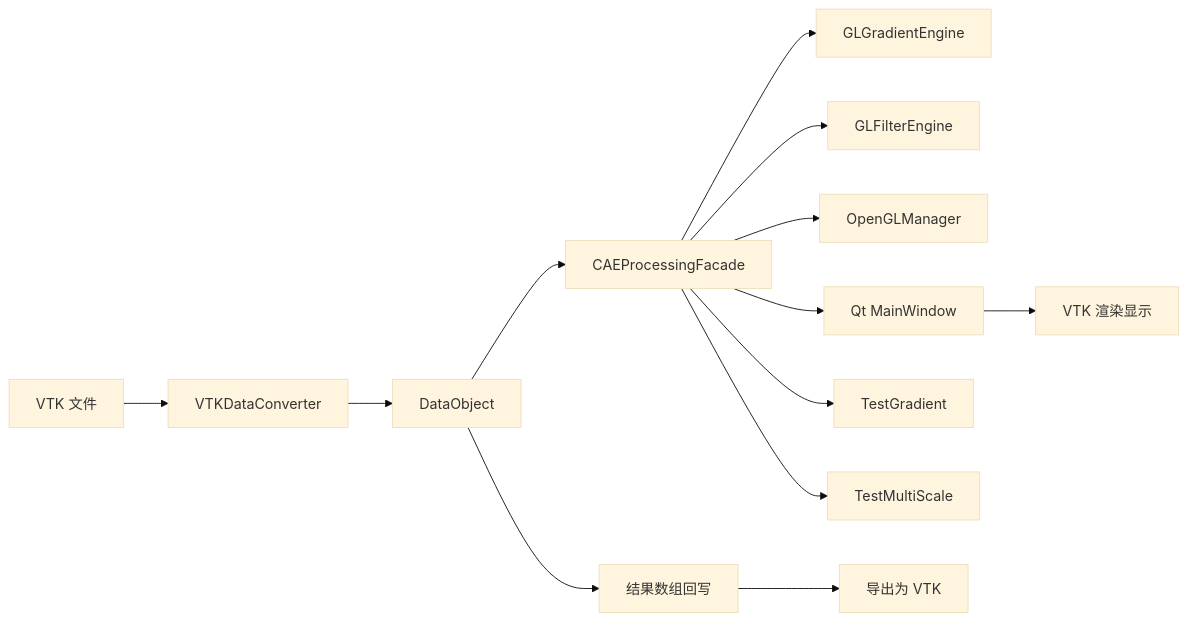
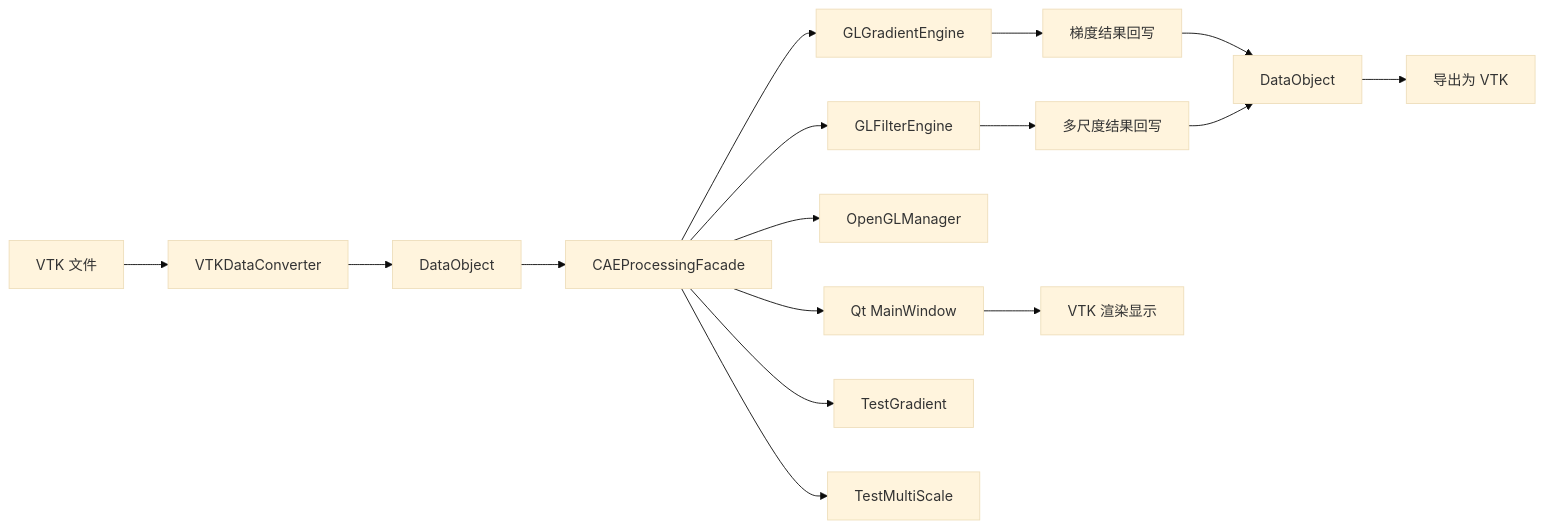
Before and after one commit to bghruty567/OpenGLDP: the diagram in doc/系统接口文档.md, drawn with Mermaid (base theme). The commit also changed other lines of this file and 42 other files, not shown here.

````diff
--- a/doc/系统接口文档.md
+++ b/doc/系统接口文档.md
@@ -16,15 +16,18 @@
 ```mermaid
 flowchart LR
-    A[VTK 文件] --> B[VTKDataConverter]
-    B --> C[DataObject]
-    C --> D[CAEProcessingFacade]
-    D --> E[GLGradientEngine]
-    D --> F[GLFilterEngine]
-    D --> G[OpenGLManager]
-    D --> H[Qt MainWindow]
-    D --> I[TestGradient]
-    D --> J[TestMultiScale]
-    C --> K[结果数组回写]
-    K --> L[导出为 VTK]
-    H --> M[VTK 渲染显示]
+    A["VTK 文件"] --> B["VTKDataConverter"]
+    B --> C["DataObject"]
+    C --> D["CAEProcessingFacade"]
+    D --> E["GLGradientEngine"]
+    D --> F["GLFilterEngine"]
+    D --> G["OpenGLManager"]
+    D --> H["Qt MainWindow"]
+    D --> I["TestGradient"]
+    D --> J["TestMultiScale"]
+    E --> K["梯度结果回写"]
+    F --> L["多尺度结果回写"]
+    K --> M["DataObject"]
+    L --> M
+    M --> N["导出为 VTK"]
+    H --> O["VTK 渲染显示"]
 ```
````
